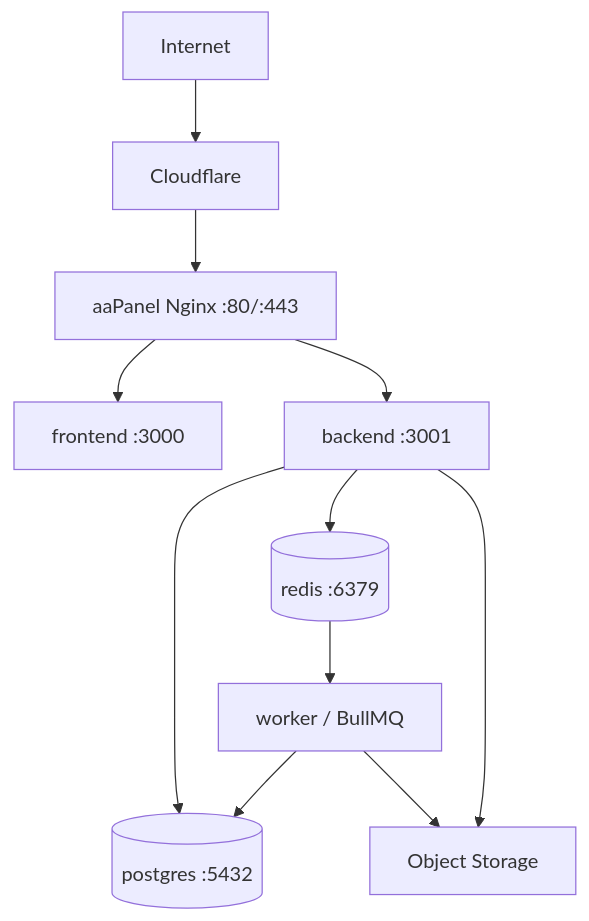
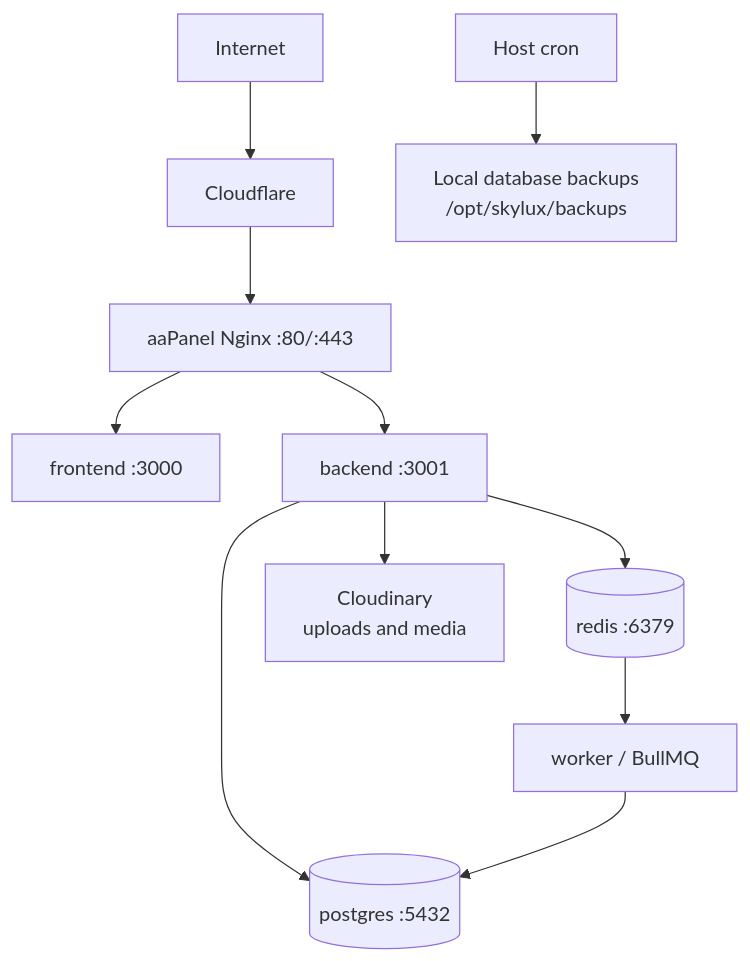
The diagram in docs/deployment/README.md (vo-huy-hoang/Sky-Lux-Business), drawn with Mermaid before and after one commit. The commit also changed other lines of this file and 22 other files, not shown here.

Commit message:
feat: implement storage service with Cloudinary support and local fallback

````diff
--- a/docs/deployment/README.md
+++ b/docs/deployment/README.md
@@ -21,15 +21,15 @@
 ```mermaid
 flowchart TD
     U[Internet] --> CF[Cloudflare]
     CF --> N[aaPanel Nginx :80/:443]
     N --> FE[frontend :3000]
     N --> BE[backend :3001]
 
     BE --> PG[(postgres :5432)]
     BE --> RD[(redis :6379)]
-    BE --> R2[Object Storage]
+    BE --> CL[Cloudinary<br/>uploads and media]
 
     RD --> W[worker / BullMQ]
     W --> PG
-    W --> R2
+    HOST[Host cron] --> BK[Local database backups<br/>/opt/skylux/backups]
 ```
````
